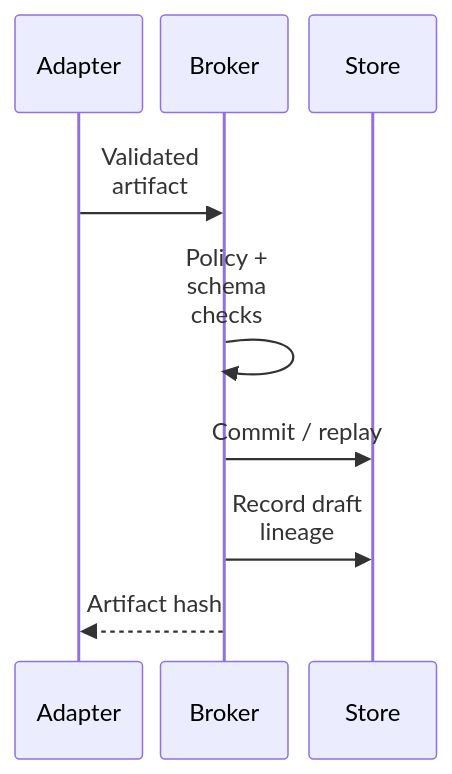
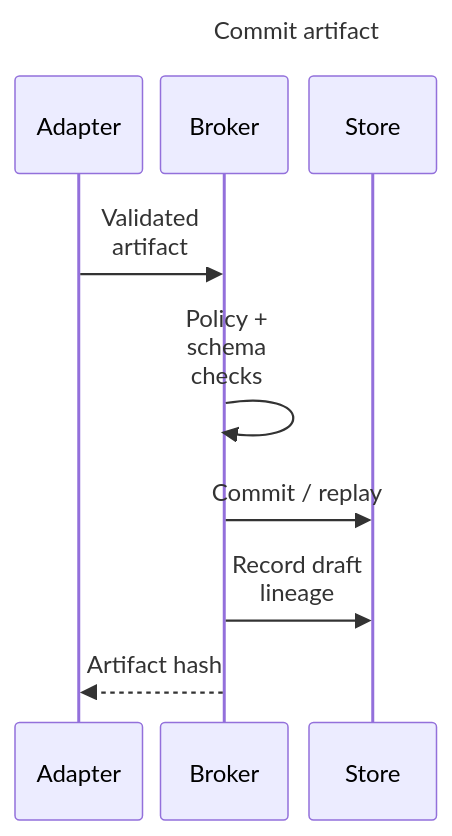
The third of 3 diagrams in docs/walkthrough.md (kartikhth-byte/AI-Workforce-Showcase), drawn with Mermaid before and after one commit. The commit also changed other lines of this file, not shown here.

Commit message:
Label sequence panels and separate actors from toolbar

````diff
--- a/docs/walkthrough.md
+++ b/docs/walkthrough.md
@@ -64,22 +66,23 @@
 ```mermaid
 ---
 config:
   sequence:
     width: 85
     actorMargin: 12
     diagramMarginX: 4
     diagramMarginY: 40
     messageMargin: 28
     wrap: true
     bottomMarginAdj: 150
 ---
 sequenceDiagram
+    title Commit artifact
     participant A as Adapter
     participant B as Broker
     participant S as Store
     A->>B: Validated artifact
     B->>B: Policy + schema checks
     B->>S: Commit / replay
     B->>S: Record draft lineage
     B-->>A: Artifact hash
 ```
````
